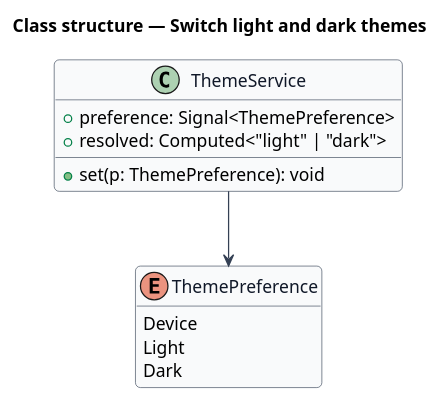
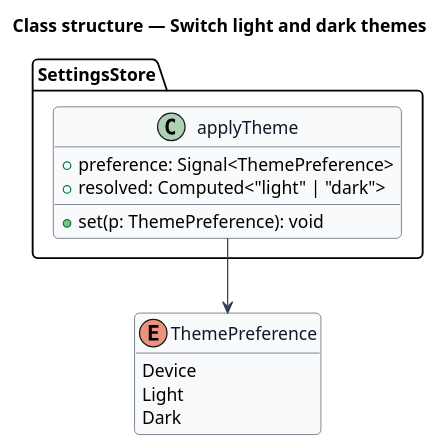
The diagram in docs/detailed-designs/interface/themes/diagrams/class-structure.puml (QuinntyneBrown/hummi), drawn with PlantUML before and after one commit. The commit also changed 70 other files, not shown here.

First line of the commit message:
Manage settings: profile, playback, theme and email preferences on every device

```diff
--- a/docs/detailed-designs/interface/themes/diagrams/class-structure.puml
+++ b/docs/detailed-designs/interface/themes/diagrams/class-structure.puml
@@ -1,26 +1,26 @@
 @startuml
 skinparam backgroundColor #FFFFFF
 skinparam shadowing false
 skinparam roundcorner 8
 skinparam defaultFontName Arial
 skinparam ArrowColor #344054
 skinparam class {
   BorderColor #344054
   FontColor #101828
   BackgroundColor #F9FAFB
 }
 hide empty members
 title Class structure — Switch light and dark themes
 
 enum ThemePreference {
   Device
   Light
   Dark
 }
-class ThemeService {
+class SettingsStore.applyTheme {
   +preference: Signal<ThemePreference>
   +resolved: Computed<"light" | "dark">
   +set(p: ThemePreference): void
 }
-ThemeService --> ThemePreference
+SettingsStore.applyTheme --> ThemePreference
 @enduml
```
